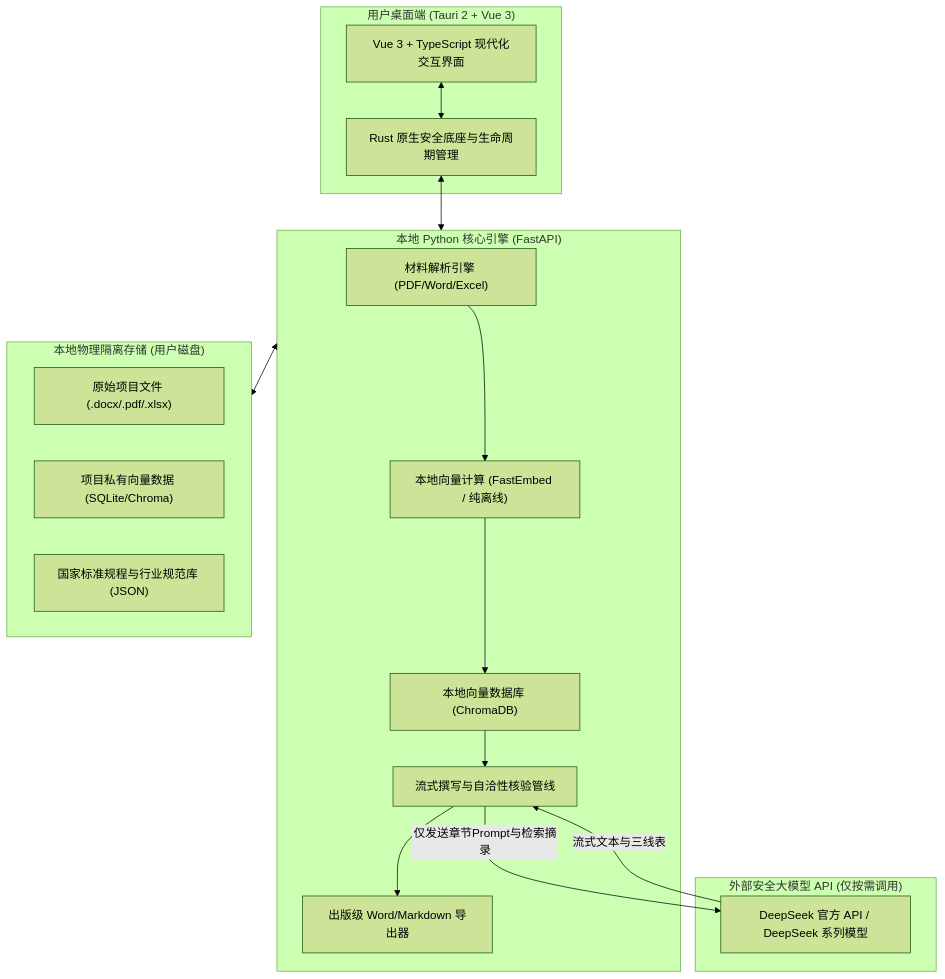
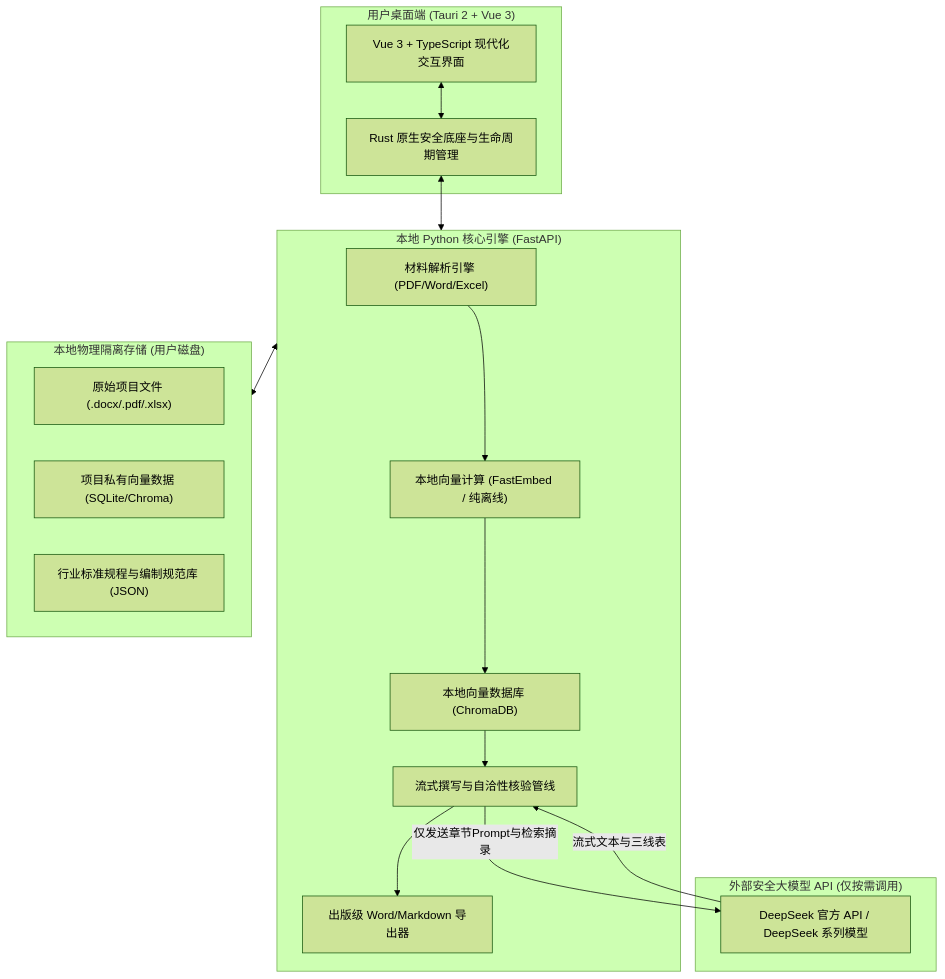
Before and after one commit to atalanta0505/FairyReport: the diagram in site/docs/architecture.md, drawn with Mermaid (forest theme). The commit also changed other lines of this file and 15 other files, not shown here.

````diff
--- a/site/docs/architecture.md
+++ b/site/docs/architecture.md
@@ -11,35 +11,35 @@
 ```mermaid
 flowchart TD
     subgraph Client["用户桌面端 (Tauri 2 + Vue 3)"]
         UI["Vue 3 + TypeScript 现代化交互界面"]
         Tauri["Rust 原生安全底座与生命周期管理"]
         UI <--> Tauri
     end
 
     subgraph LocalEngine["本地 Python 核心引擎 (FastAPI)"]
         Parser["材料解析引擎 (PDF/Word/Excel)"]
         Embedder["本地向量计算 (FastEmbed / 纯离线)"]
         Chroma["本地向量数据库 (ChromaDB)"]
         Writer["流式撰写与自洽性核验管线"]
         Exporter["出版级 Word/Markdown 导出器"]
         
         Parser --> Embedder --> Chroma
         Chroma --> Writer
         Writer --> Exporter
     end
 
     subgraph DataIsolation["本地物理隔离存储 (用户磁盘)"]
         RawDocs["原始项目文件 (.docx/.pdf/.xlsx)"]
         VectorDB["项目私有向量数据 (SQLite/Chroma)"]
-        GenericLib["国家标准规程与行业规范库 (JSON)"]
+        GenericLib["行业标准规程与编制规范库 (JSON)"]
     end
 
     subgraph CloudLLM["外部安全大模型 API (仅按需调用)"]
         LLM["DeepSeek 官方 API / DeepSeek 系列模型"]
     end
 
     Tauri <--> LocalEngine
     LocalEngine <--> DataIsolation
     Writer -- "仅发送章节Prompt与检索摘录" --> LLM
     LLM -- "流式文本与三线表" --> Writer
 ```
````
